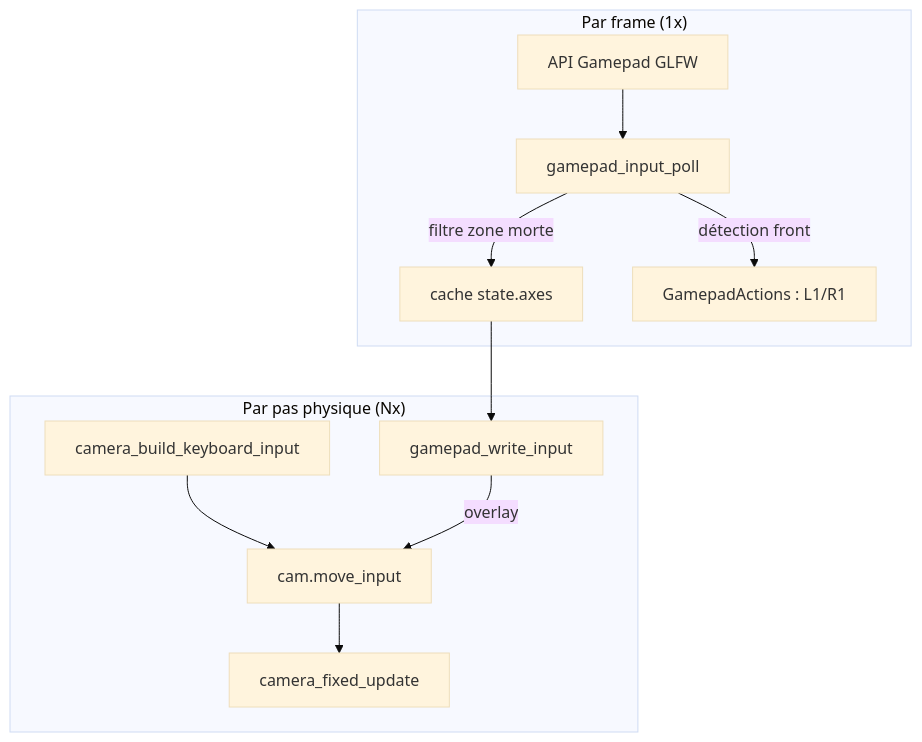
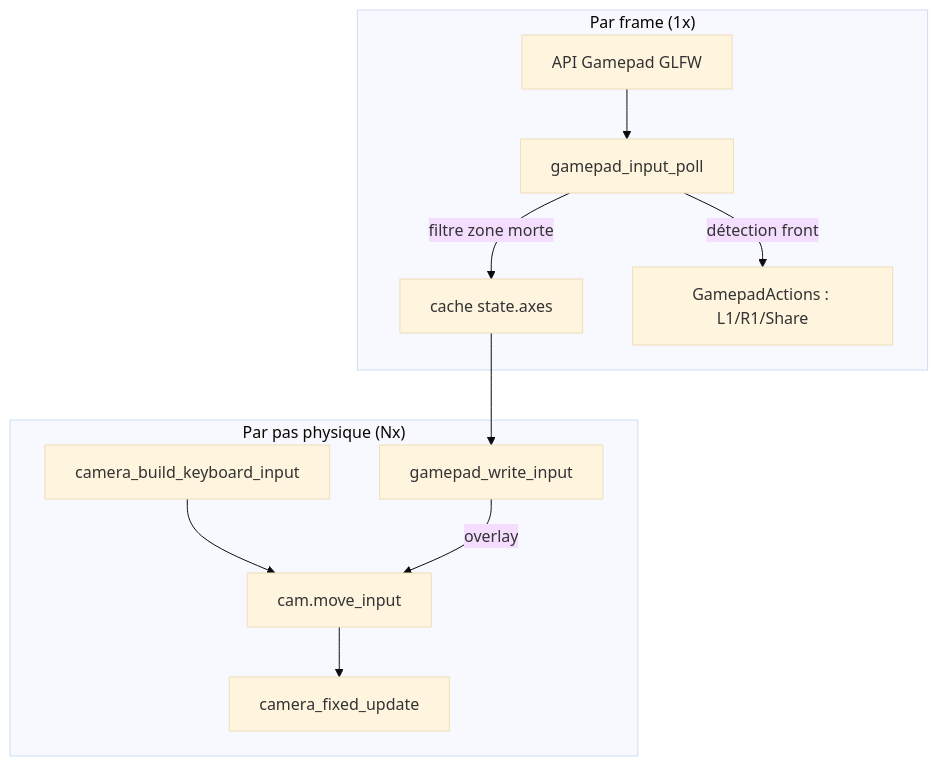
One commit to yoyonel/suckless-ogl changed the diagram in docs/gamepad.fr.md. Above: the diagram before and after it, drawn with Mermaid (base theme). The commit also changed other lines of this file and 1 other file, not shown here.

First line of the commit message:
docs(controls): document Share button binding and conditional overlay (EN + FR)

````diff
--- a/docs/gamepad.fr.md
+++ b/docs/gamepad.fr.md
@@ -54,14 +55,14 @@
 ```mermaid
 graph TD
     subgraph "Par frame (1x)"
         GLFW[API Gamepad GLFW] --> POLL[gamepad_input_poll]
         POLL -->|filtre zone morte| AXES[cache state.axes]
-        POLL -->|détection front| BTN[GamepadActions : L1/R1]
+        POLL -->|détection front| BTN[GamepadActions : L1/R1/Share]
     end
     subgraph "Par pas physique (Nx)"
         KB[camera_build_keyboard_input] --> MI[cam.move_input]
         AXES --> WRITE[gamepad_write_input]
         WRITE -->|overlay| MI
         MI --> PHYS[camera_fixed_update]
     end
 ```
````
